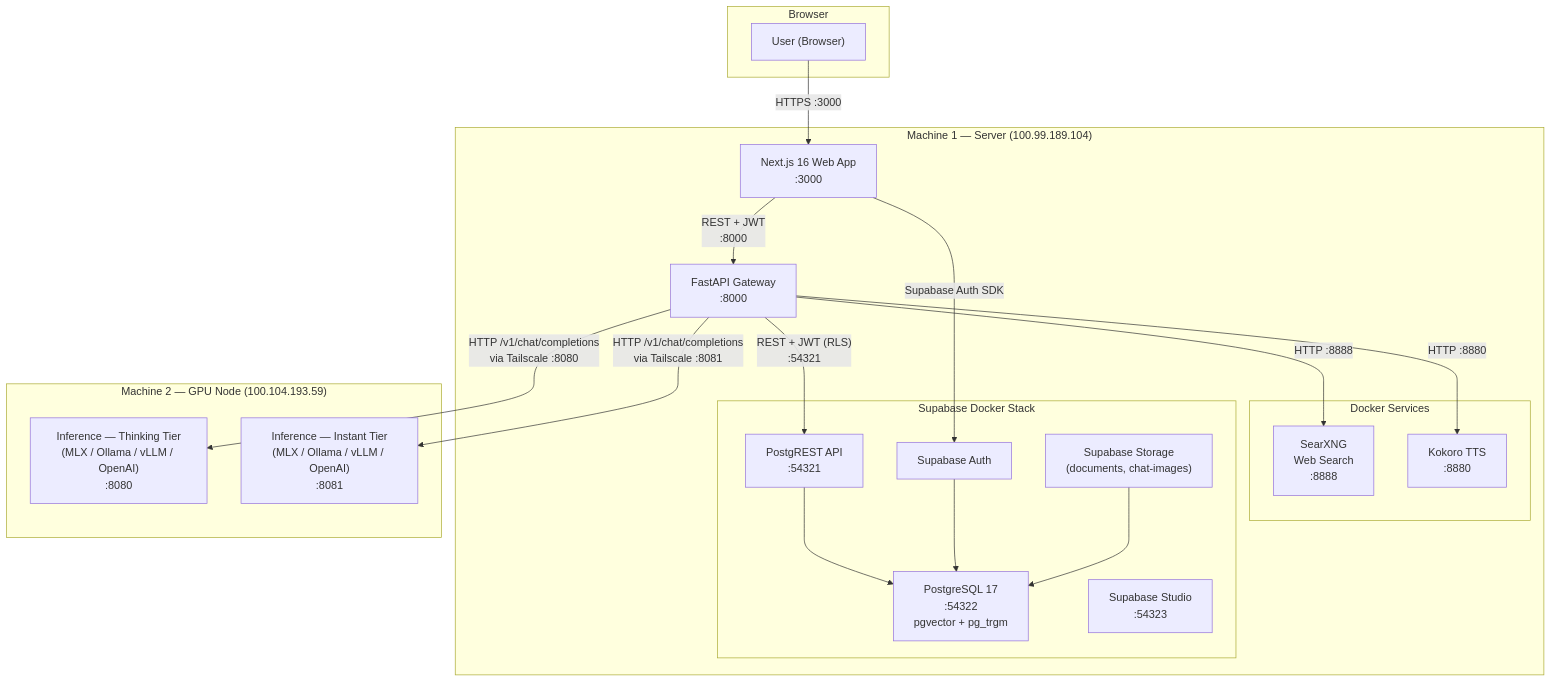
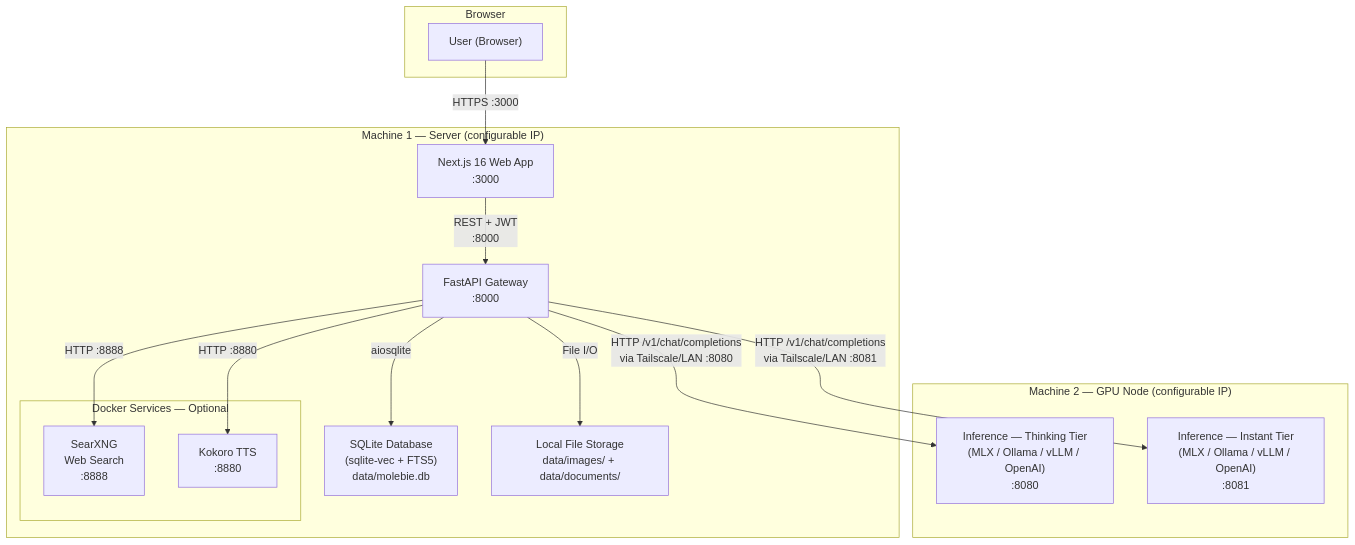
One commit to Jimmy6929/Molebie_AI changed the first of 12 diagrams in full_system_architecture_map_730d3d3f.plan.md. Above: the diagram before and after it, drawn with Mermaid. The commit also changed other lines of this file, not shown here.

First line of the commit message:
Replace Supabase with SQLite & add memories

````diff
--- a/full_system_architecture_map_730d3d3f.plan.md
+++ b/full_system_architecture_map_730d3d3f.plan.md
@@ -18,39 +18,31 @@
 ```mermaid
 graph TB
     subgraph browser [Browser]
         User["User (Browser)"]
     end
 
-    subgraph machine1 ["Machine 1 — Server (100.99.189.104)"]
+    subgraph machine1 ["Machine 1 — Server (configurable IP)"]
         WebApp["Next.js 16 Web App\n:3000"]
         Gateway["FastAPI Gateway\n:8000"]
-        subgraph dockerSvc [Docker Services]
+        SQLiteDB["SQLite Database\n(sqlite-vec + FTS5)\ndata/molebie.db"]
+        LocalStorage["Local File Storage\ndata/images/ + data/documents/"]
+        subgraph dockerSvc [Docker Services — Optional]
             SearXNG["SearXNG\nWeb Search\n:8888"]
             KokoroTTS["Kokoro TTS\n:8880"]
         end
-        subgraph supabaseSvc [Supabase Docker Stack]
-            SupaAuth["Supabase Auth"]
-            SupaREST["PostgREST API\n:54321"]
-            Postgres["PostgreSQL 17\n:54322\npgvector + pg_trgm"]
-            Studio["Supabase Studio\n:54323"]
-            Storage["Supabase Storage\n(documents, chat-images)"]
-        end
     end
 
-    subgraph machine2 ["Machine 2 — GPU Node (100.104.193.59)"]
+    subgraph machine2 ["Machine 2 — GPU Node (configurable IP)"]
         ThinkingLLM["Inference — Thinking Tier\n(MLX / Ollama / vLLM / OpenAI)\n:8080"]
         InstantLLM["Inference — Instant Tier\n(MLX / Ollama / vLLM / OpenAI)\n:8081"]
     end
 
     User -->|"HTTPS :3000"| WebApp
-    WebApp -->|"Supabase Auth SDK"| SupaAuth
     WebApp -->|"REST + JWT\n:8000"| Gateway
-    Gateway -->|"REST + JWT (RLS)\n:54321"| SupaREST
-    SupaREST --> Postgres
-    SupaAuth --> Postgres
-    Storage --> Postgres
-    Gateway -->|"HTTP /v1/chat/completions\nvia Tailscale :8080"| ThinkingLLM
-    Gateway -->|"HTTP /v1/chat/completions\nvia Tailscale :8081"| InstantLLM
+    Gateway -->|"aiosqlite"| SQLiteDB
+    Gateway -->|"File I/O"| LocalStorage
+    Gateway -->|"HTTP /v1/chat/completions\nvia Tailscale/LAN :8080"| ThinkingLLM
+    Gateway -->|"HTTP /v1/chat/completions\nvia Tailscale/LAN :8081"| InstantLLM
     Gateway -->|"HTTP :8888"| SearXNG
     Gateway -->|"HTTP :8880"| KokoroTTS
 ```
````
